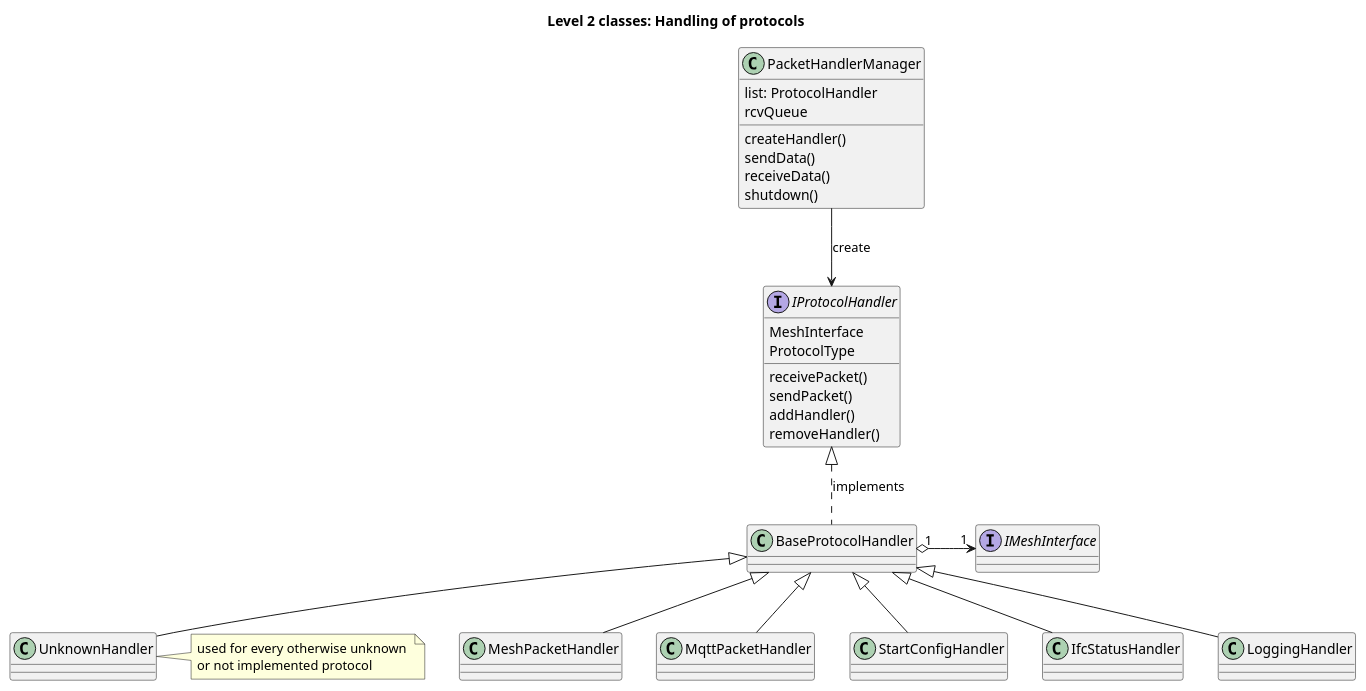
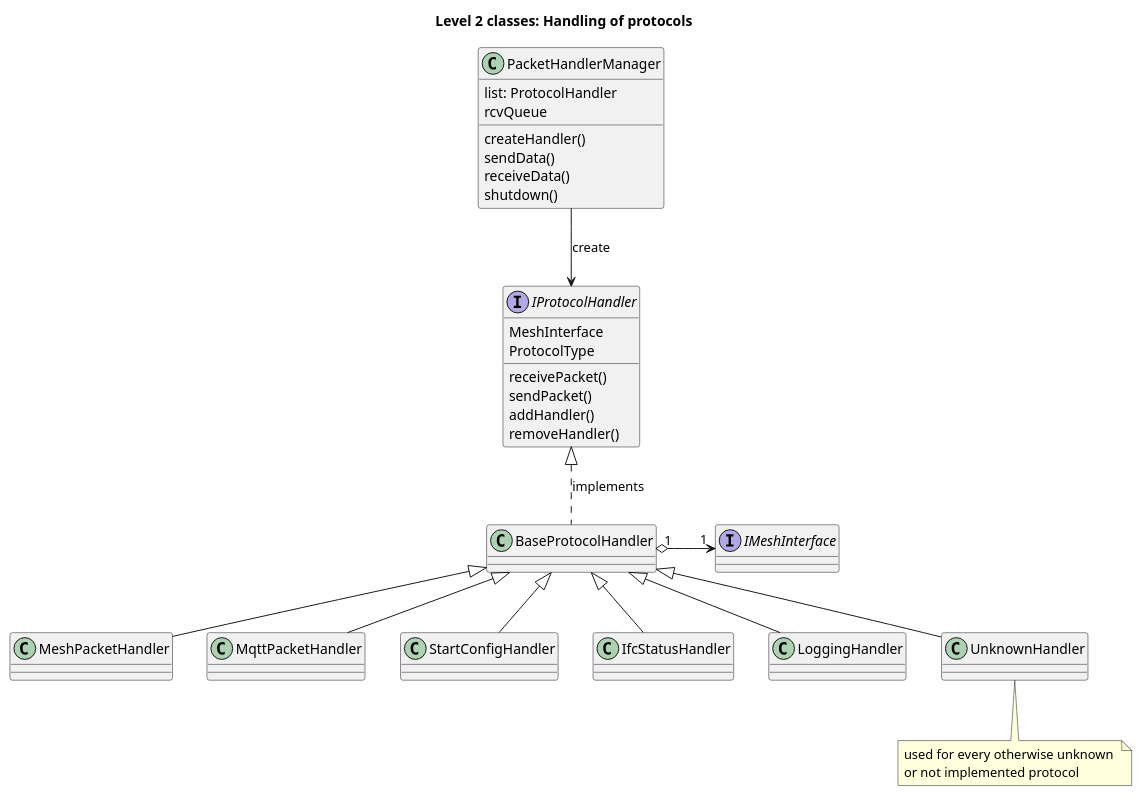
Before and after one commit to juergenRe/python: the third of 4 diagrams in meshtastic/devdoc/Architecture.md, drawn with PlantUML. The commit also changed 5 other files, not shown here.

````diff
--- a/meshtastic/devdoc/Architecture.md
+++ b/meshtastic/devdoc/Architecture.md
@@ -263,42 +263,42 @@
 ```plantuml
 title Level 2 classes: Handling of protocols
 interface IMeshInterface {}
 
 interface IProtocolHandler {
     MeshInterface
     ProtocolType
     receivePacket()
     sendPacket()
     addHandler()
     removeHandler()
 }
 class BaseProtocolHandler 
 class MeshPacketHandler
 
 class PacketHandlerManager{
     list: ProtocolHandler
     rcvQueue
     createHandler()
     sendData()
     receiveData()
     shutdown()
 }
 
 
 BaseProtocolHandler .up.|>IProtocolHandler: implements
 BaseProtocolHandler <|-- MeshPacketHandler
 BaseProtocolHandler <|-- MqttPacketHandler
 BaseProtocolHandler <|-- StartConfigHandler 
 BaseProtocolHandler <|-- IfcStatusHandler 
 BaseProtocolHandler <|-- LoggingHandler 
 BaseProtocolHandler <|-- UnknownHandler 
 BaseProtocolHandler "1" o-> "1" IMeshInterface: "       "
 
 PacketHandlerManager --> IProtocolHandler: create
 
-note right of UnknownHandler
+note bottom of UnknownHandler
     used for every otherwise unknown 
     or not implemented protocol
 end note
 
 ```
````
